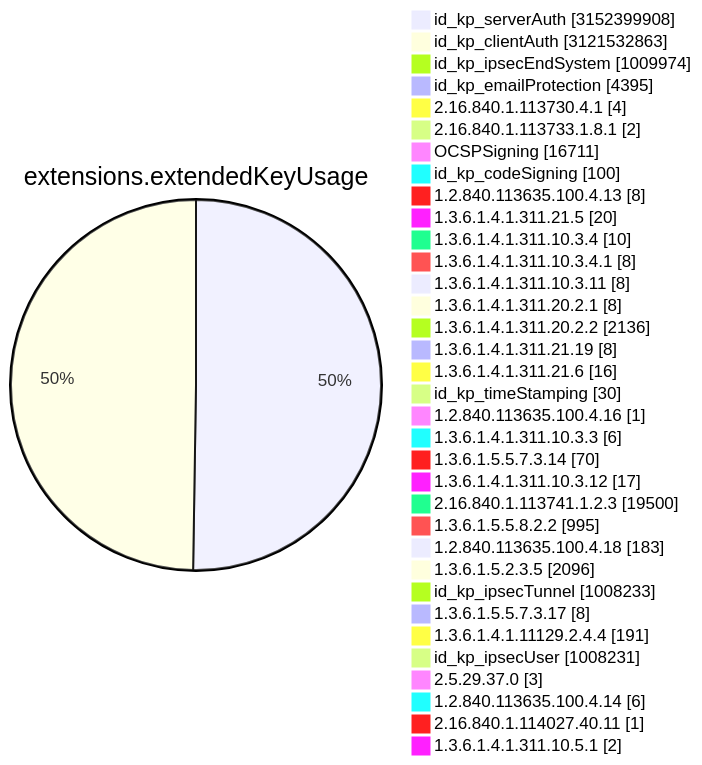
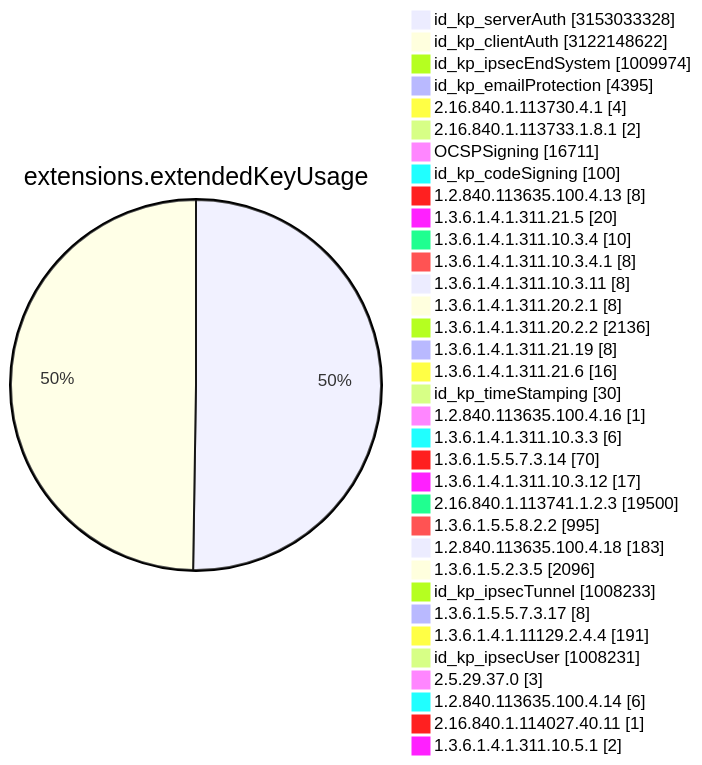
Before and after one commit to christiankrug/ctmonitor_visualization: diagram 11 of 15 in TOTAL/README.md, drawn with Mermaid. The commit also changed other lines of this file, not shown here.

````diff
--- a/TOTAL/README.md
+++ b/TOTAL/README.md
@@ -4119,38 +4119,38 @@
 ```mermaid
 pie showData
 title extensions.extendedKeyUsage
-"id_kp_serverAuth" :3152399908
-"id_kp_clientAuth" :3121532863
+"id_kp_serverAuth" :3153033328
+"id_kp_clientAuth" :3122148622
 "id_kp_ipsecEndSystem" :1009974
 "id_kp_emailProtection" :4395
 "2.16.840.1.113730.4.1" :4
 "2.16.840.1.113733.1.8.1" :2
 "OCSPSigning" :16711
 "id_kp_codeSigning" :100
 "1.2.840.113635.100.4.13" :8
 "1.3.6.1.4.1.311.21.5" :20
 "1.3.6.1.4.1.311.10.3.4" :10
 "1.3.6.1.4.1.311.10.3.4.1" :8
 "1.3.6.1.4.1.311.10.3.11" :8
 "1.3.6.1.4.1.311.20.2.1" :8
 "1.3.6.1.4.1.311.20.2.2" :2136
 "1.3.6.1.4.1.311.21.19" :8
 "1.3.6.1.4.1.311.21.6" :16
 "id_kp_timeStamping" :30
 "1.2.840.113635.100.4.16" :1
 "1.3.6.1.4.1.311.10.3.3" :6
 "1.3.6.1.5.5.7.3.14" :70
 "1.3.6.1.4.1.311.10.3.12" :17
 "2.16.840.1.113741.1.2.3" :19500
 "1.3.6.1.5.5.8.2.2" :995
 "1.2.840.113635.100.4.18" :183
 "1.3.6.1.5.2.3.5" :2096
 "id_kp_ipsecTunnel" :1008233
 "1.3.6.1.5.5.7.3.17" :8
 "1.3.6.1.4.1.11129.2.4.4" :191
 "id_kp_ipsecUser" :1008231
 "2.5.29.37.0" :3
 "1.2.840.113635.100.4.14" :6
 "2.16.840.1.114027.40.11" :1
 "1.3.6.1.4.1.311.10.5.1" :2
 ```
````
